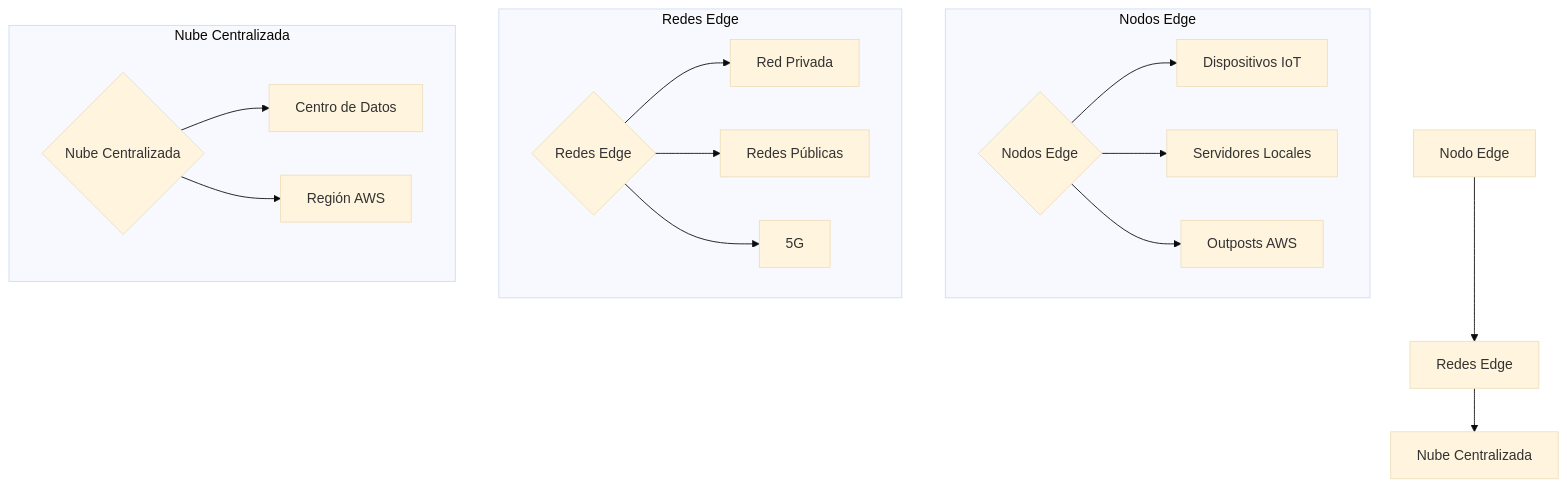
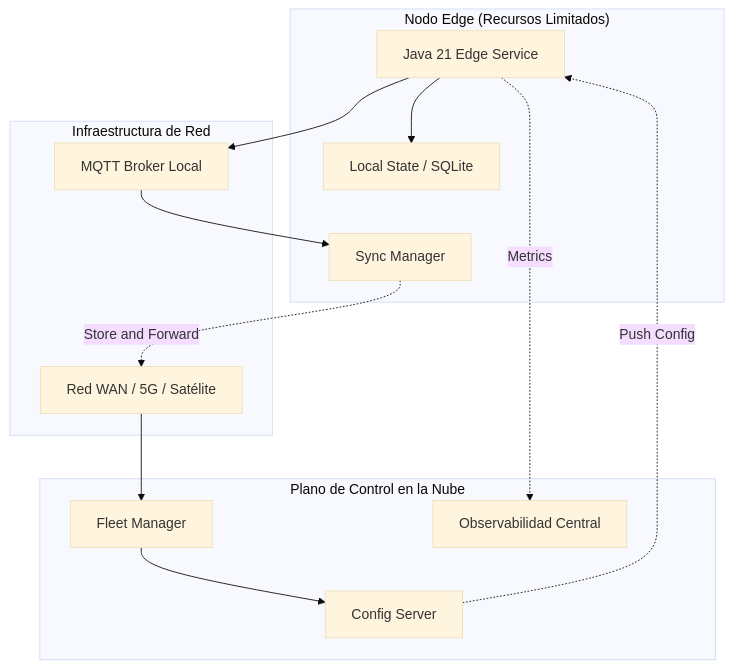
One commit to Joaquinriosheredia/DAM-Java-Mastery changed the second of 7 diagrams in _Review/edge_computing_y_arquitecturas_distribuidas_modernas/edge_computing_y_arquitecturas_distribuidas_modernas.md. Above: the diagram before and after it, drawn with Mermaid (base theme). The commit also changed other lines of this file, not shown here.

Commit message:
Edge Computing y Arquitecturas Distribuidas Modernas con Java 21

````diff
--- a/_Review/edge_computing_y_arquitecturas_distribuidas_modernas/edge_computing_y_arquitecturas_distribuidas_modernas.md
+++ b/_Review/edge_computing_y_arquitecturas_distribuidas_modernas/edge_computing_y_arquitecturas_distribuidas_modernas.md
@@ -210,26 +86,28 @@
 ```mermaid
 graph TD
-  A[Nodo Edge] --> B[Redes Edge]
-  B --> C[Nube Centralizada]
-
-  A1{Nodos Edge}
-  B1{Redes Edge}
-  C1{Nube Centralizada}
-
-  subgraph Nodos Edge
-    A1 --> B2[Dispositivos IoT]
-    A1 --> B3[Servidores Locales]
-    A1 --> B4[Outposts AWS]
-  end
-
-  subgraph Redes Edge
-    B1 --> C2[Red Privada]
-    B1 --> C3[Redes Públicas]
-    B1 --> C4[5G]
-  end
-
-  subgraph Nube Centralizada
-    C1 --> D1[Centro de Datos]
-    C1 --> D2[Región AWS]
-  end
+    subgraph "Nodo Edge (Recursos Limitados)"
+        APP[Java 21 Edge Service]
+        CACHE[Local State / SQLite]
+        SYNC[Sync Manager]
+    end
+    
+    subgraph "Infraestructura de Red"
+        MQTT[MQTT Broker Local]
+        NET[Red WAN / 5G / Satélite]
+    end
+    
+    subgraph "Plano de Control en la Nube"
+        FLEET[Fleet Manager]
+        CONFIG[Config Server]
+        MON[Observabilidad Central]
+    end
+    
+    APP --> CACHE
+    APP --> MQTT
+    MQTT --> SYNC
+    SYNC -.->|Store and Forward| NET
+    NET --> FLEET
+    FLEET --> CONFIG
+    CONFIG -.->|Push Config| APP
+    APP -.->|Metrics| MON
 ```
````
